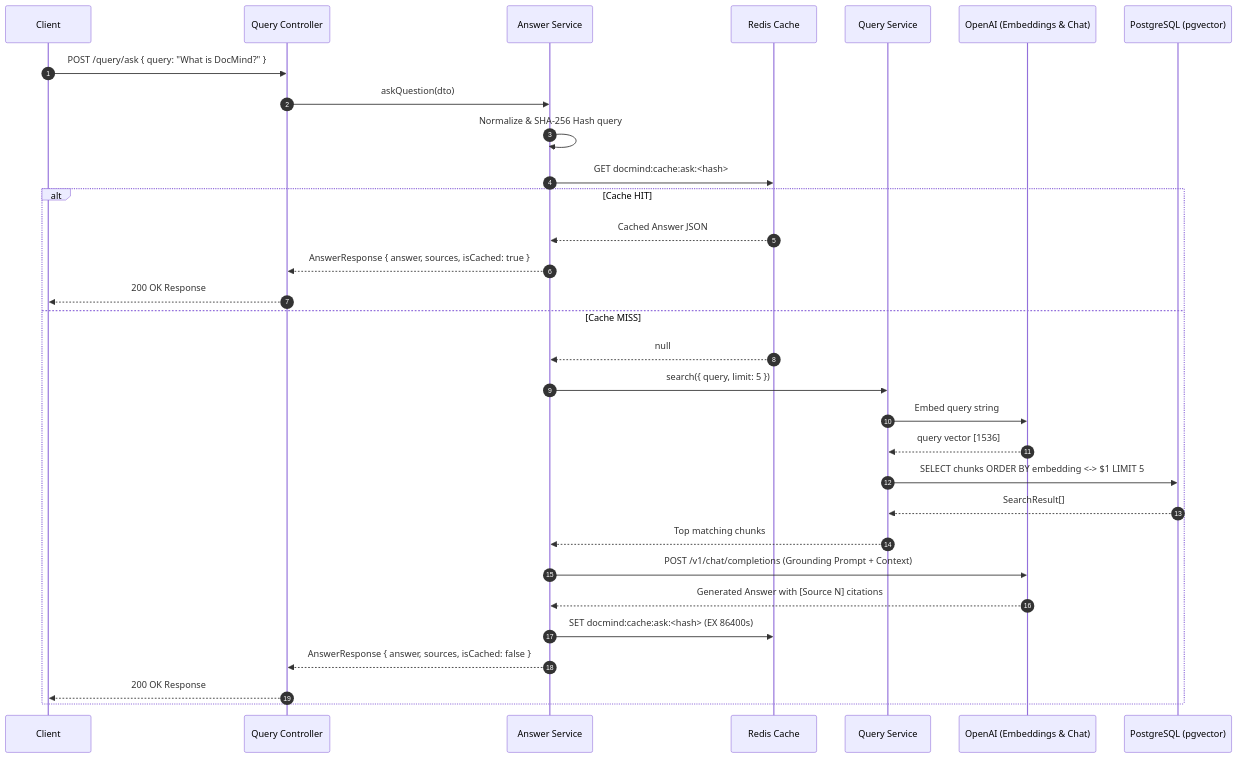
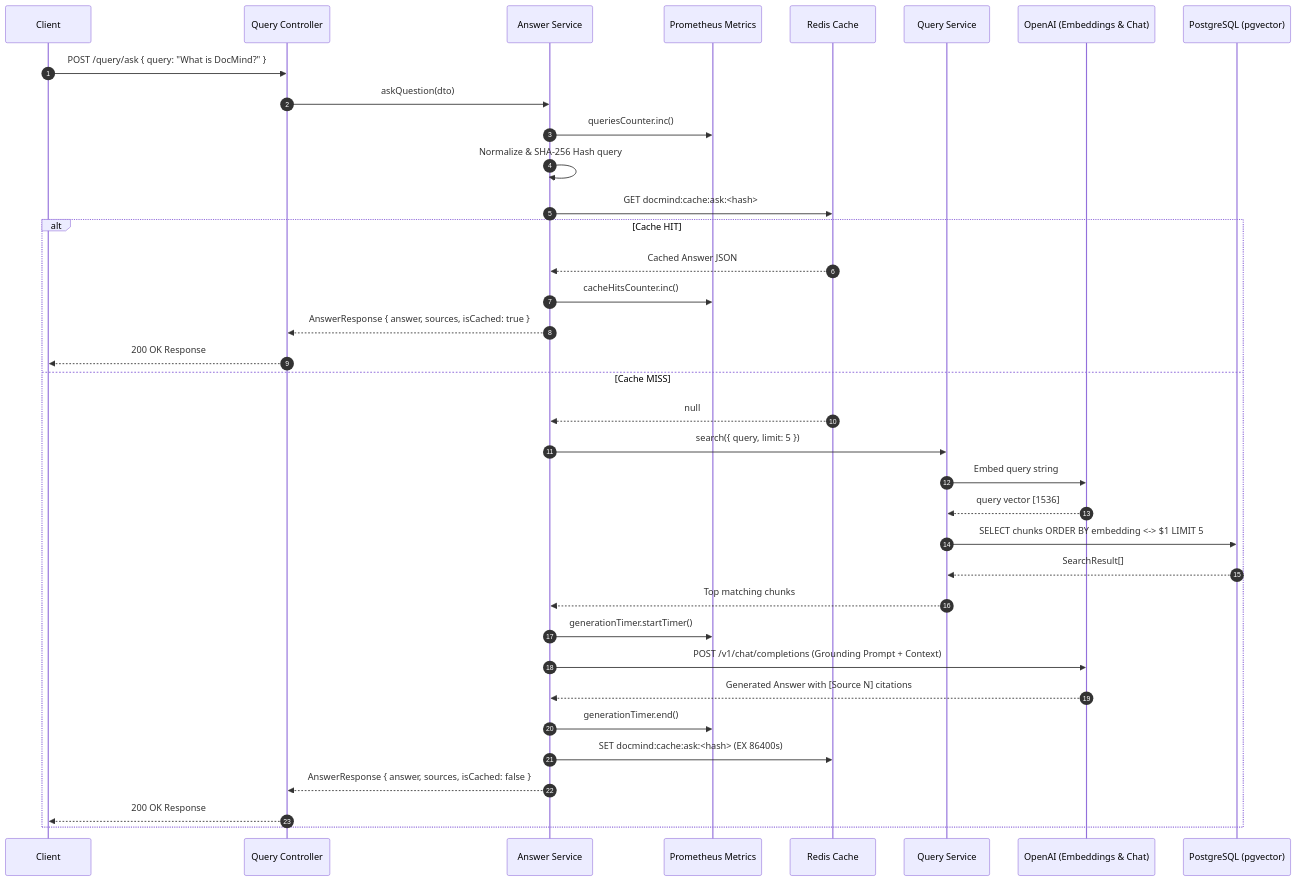
Before and after one commit to mo74x/Docmind: the third of 5 diagrams in README.md, drawn with Mermaid. The commit also changed other lines of this file, not shown here.

First line of the commit message:
docs: overhaul README with observability section, architecture diagrams, and visual enhancements

````diff
--- a/README.md
+++ b/README.md
@@ -179,36 +210,41 @@
 ```mermaid
 sequenceDiagram
     autonumber
     participant Client
     participant Controller as Query Controller
     participant AnswerSvc as Answer Service
+    participant Prometheus as Prometheus Metrics
     participant Redis as Redis Cache
     participant QuerySvc as Query Service
     participant OpenAI as OpenAI (Embeddings & Chat)
     participant DB as PostgreSQL (pgvector)
 
     Client->>Controller: POST /query/ask { query: "What is DocMind?" }
     Controller->>AnswerSvc: askQuestion(dto)
+    AnswerSvc->>Prometheus: queriesCounter.inc()
     AnswerSvc->>AnswerSvc: Normalize & SHA-256 Hash query
     AnswerSvc->>Redis: GET docmind:cache:ask:<hash>
     
     alt Cache HIT
         Redis-->>AnswerSvc: Cached Answer JSON
+        AnswerSvc->>Prometheus: cacheHitsCounter.inc()
         AnswerSvc-->>Controller: AnswerResponse { answer, sources, isCached: true }
         Controller-->>Client: 200 OK Response
     else Cache MISS
         Redis-->>AnswerSvc: null
         AnswerSvc->>QuerySvc: search({ query, limit: 5 })
         QuerySvc->>OpenAI: Embed query string
         OpenAI-->>QuerySvc: query vector [1536]
         QuerySvc->>DB: SELECT chunks ORDER BY embedding <-> $1 LIMIT 5
         DB-->>QuerySvc: SearchResult[]
         QuerySvc-->>AnswerSvc: Top matching chunks
         
+        AnswerSvc->>Prometheus: generationTimer.startTimer()
         AnswerSvc->>OpenAI: POST /v1/chat/completions (Grounding Prompt + Context)
         OpenAI-->>AnswerSvc: Generated Answer with [Source N] citations
+        AnswerSvc->>Prometheus: generationTimer.end()
         AnswerSvc->>Redis: SET docmind:cache:ask:<hash> (EX 86400s)
         AnswerSvc-->>Controller: AnswerResponse { answer, sources, isCached: false }
         Controller-->>Client: 200 OK Response
     end
 ```
````
